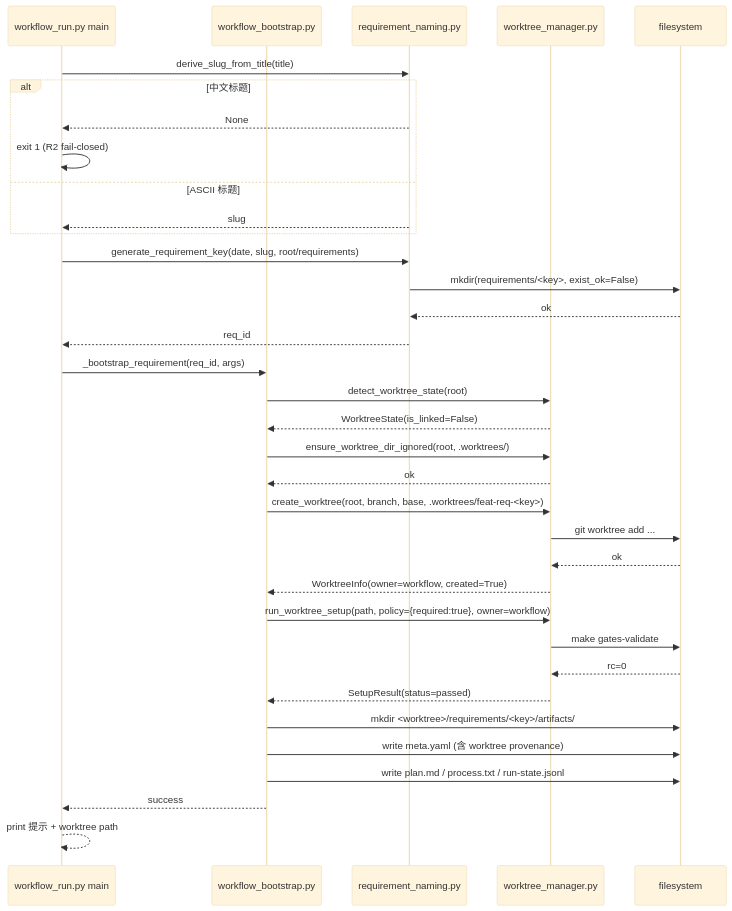
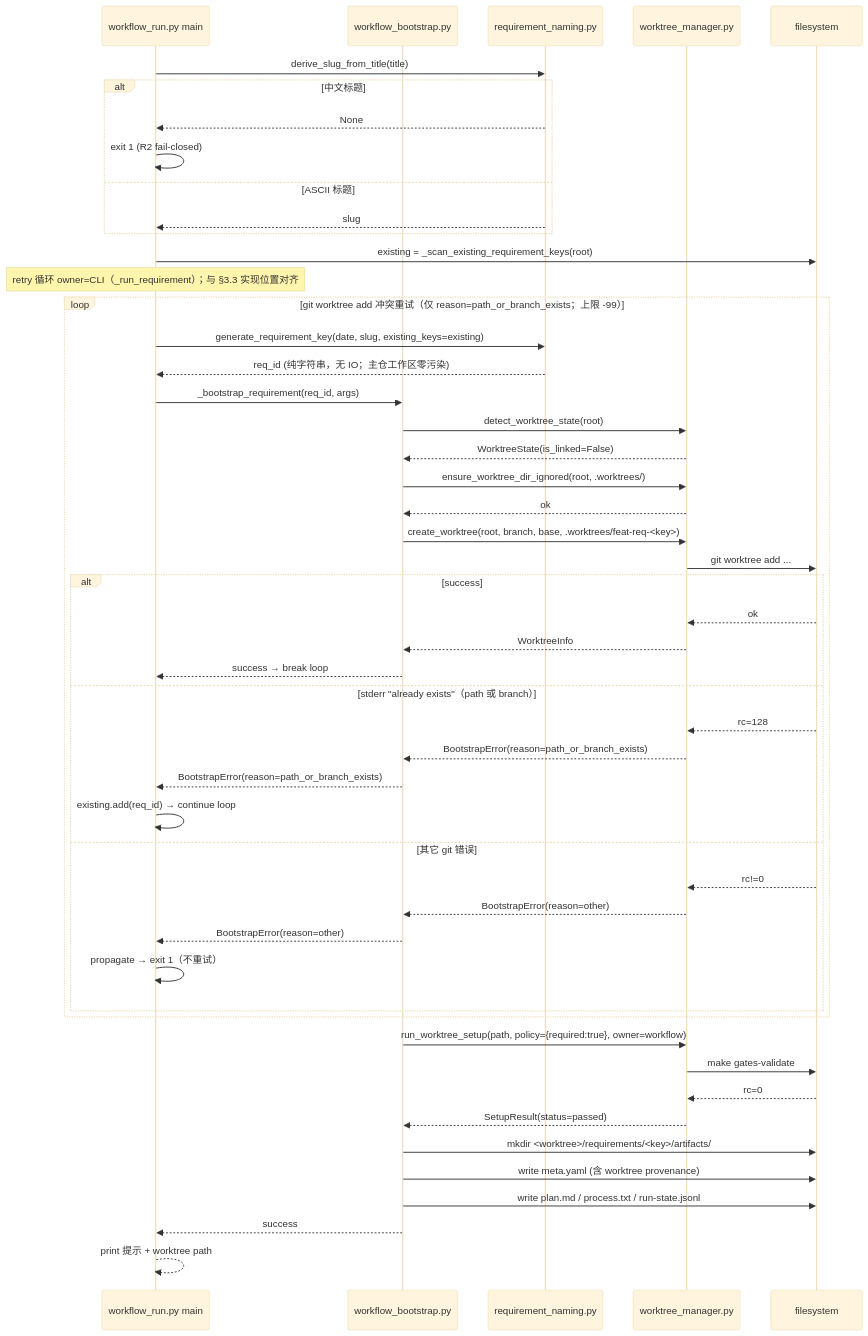
One commit to hjaaa/agentic-meta-engineering changed the first of 3 diagrams in requirements/REQ-2026-014/artifacts/detailed-design.md. Above: the diagram before and after it, drawn with Mermaid (base theme). The commit also changed other lines of this file and 13 other files, not shown here.

````diff
--- a/requirements/REQ-2026-014/artifacts/detailed-design.md
+++ b/requirements/REQ-2026-014/artifacts/detailed-design.md
@@ -948,41 +1037,55 @@
 ```mermaid
 sequenceDiagram
     participant CLI as workflow_run.py main
     participant Bootstrap as workflow_bootstrap.py
     participant Naming as requirement_naming.py
     participant WT as worktree_manager.py
     participant FS as filesystem
 
     CLI->>Naming: derive_slug_from_title(title)
     alt 中文标题
         Naming-->>CLI: None
         CLI->>CLI: exit 1 (R2 fail-closed)
     else ASCII 标题
         Naming-->>CLI: slug
     end
-    CLI->>Naming: generate_requirement_key(date, slug, root/requirements)
-    Naming->>FS: mkdir(requirements/<key>, exist_ok=False)
-    FS-->>Naming: ok
-    Naming-->>CLI: req_id
-
-    CLI->>Bootstrap: _bootstrap_requirement(req_id, args)
-    Bootstrap->>WT: detect_worktree_state(root)
-    WT-->>Bootstrap: WorktreeState(is_linked=False)
-    Bootstrap->>WT: ensure_worktree_dir_ignored(root, .worktrees/)
-    WT-->>Bootstrap: ok
-    Bootstrap->>WT: create_worktree(root, branch, base, .worktrees/feat-req-<key>)
-    WT->>FS: git worktree add ...
-    FS-->>WT: ok
-    WT-->>Bootstrap: WorktreeInfo(owner=workflow, created=True)
+    CLI->>FS: existing = _scan_existing_requirement_keys(root)
+    Note over CLI: retry 循环 owner=CLI（_run_requirement）；与 §3.3 实现位置对齐
+    loop git worktree add 冲突重试（仅 reason=path_or_branch_exists；上限 -99）
+        CLI->>Naming: generate_requirement_key(date, slug, existing_keys=existing)
+        Naming-->>CLI: req_id (纯字符串，无 IO；主仓工作区零污染)
+        CLI->>Bootstrap: _bootstrap_requirement(req_id, args)
+        Bootstrap->>WT: detect_worktree_state(root)
+        WT-->>Bootstrap: WorktreeState(is_linked=False)
+        Bootstrap->>WT: ensure_worktree_dir_ignored(root, .worktrees/)
+        WT-->>Bootstrap: ok
+        Bootstrap->>WT: create_worktree(root, branch, base, .worktrees/feat-req-<key>)
+        WT->>FS: git worktree add ...
+        alt success
+            FS-->>WT: ok
+            WT-->>Bootstrap: WorktreeInfo
+            Bootstrap-->>CLI: success → break loop
+        else stderr "already exists"（path 或 branch）
+            FS-->>WT: rc=128
+            WT-->>Bootstrap: BootstrapError(reason=path_or_branch_exists)
+            Bootstrap-->>CLI: BootstrapError(reason=path_or_branch_exists)
+            CLI->>CLI: existing.add(req_id) → continue loop
+        else 其它 git 错误
+            FS-->>WT: rc!=0
+            WT-->>Bootstrap: BootstrapError(reason=other)
+            Bootstrap-->>CLI: BootstrapError(reason=other)
+            CLI->>CLI: propagate → exit 1（不重试）
+        end
+    end
 
     Bootstrap->>WT: run_worktree_setup(path, policy={required:true}, owner=workflow)
     WT->>FS: make gates-validate
     FS-->>WT: rc=0
     WT-->>Bootstrap: SetupResult(status=passed)
 
     Bootstrap->>FS: mkdir <worktree>/requirements/<key>/artifacts/
     Bootstrap->>FS: write meta.yaml (含 worktree provenance)
     Bootstrap->>FS: write plan.md / process.txt / run-state.jsonl
     Bootstrap-->>CLI: success
     CLI-->>CLI: print 提示 + worktree path
 ```
````
